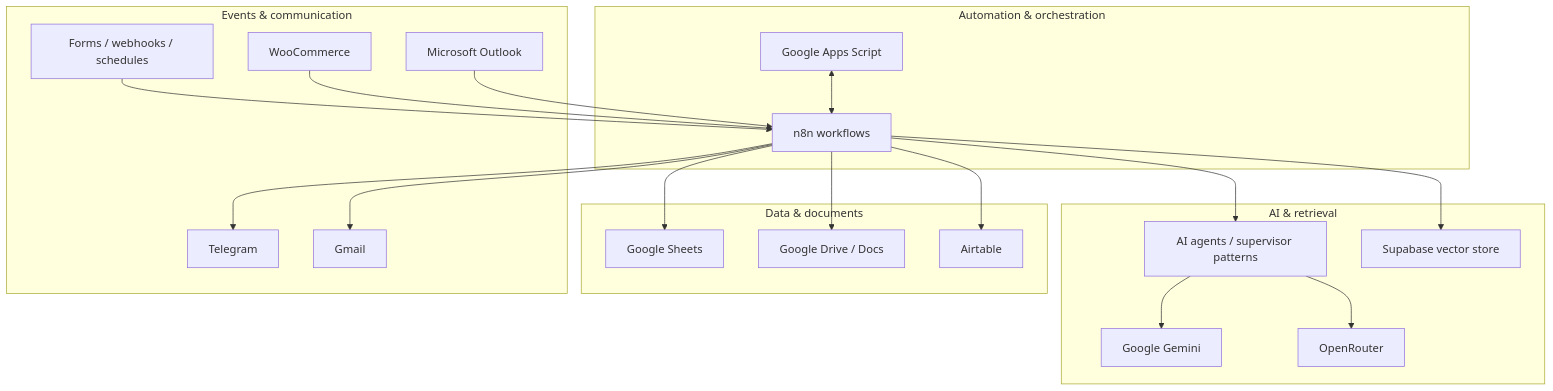
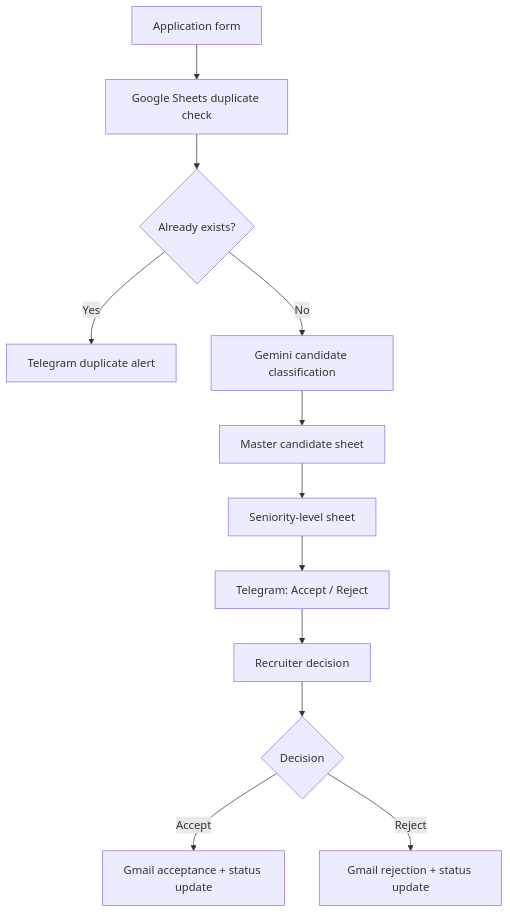
Before and after one commit to Omar-Ayman0/n8n-ai-automation-projects: the sixth of 7 diagrams in README.md, drawn with Mermaid. The commit also changed other lines of this file and 2 other files, not shown here.

````diff
--- a/README.md
+++ b/README.md
@@ -48,38 +361,14 @@
 ```mermaid
-flowchart TB
-  subgraph Automation["Automation & orchestration"]
-    N8N["n8n workflows"]
-    GAS["Google Apps Script"]
-  end
-  subgraph AI["AI & retrieval"]
-    Gemini["Google Gemini"]
-    OpenRouter["OpenRouter"]
-    Agents["AI agents / supervisor patterns"]
-    Vector["Supabase vector store"]
-  end
-  subgraph Data["Data & documents"]
-    Sheets["Google Sheets"]
-    Drive["Google Drive / Docs"]
-    Airtable["Airtable"]
-  end
-  subgraph Channels["Events & communication"]
-    Forms["Forms / webhooks / schedules"]
-    Telegram["Telegram"]
-    Gmail["Gmail"]
-    Outlook["Microsoft Outlook"]
-    Woo["WooCommerce"]
-  end
-  Forms --> N8N
-  Woo --> N8N
-  Outlook --> N8N
-  N8N --> Agents
-  Agents --> Gemini
-  Agents --> OpenRouter
-  N8N --> Vector
-  N8N --> Sheets
-  N8N --> Drive
-  N8N --> Airtable
-  N8N --> Telegram
-  N8N --> Gmail
-  GAS <--> N8N
+flowchart TD
+    A["Application form"] --> B["Google Sheets duplicate check"]
+    B --> C{"Already exists?"}
+    C -- "Yes" --> D["Telegram duplicate alert"]
+    C -- "No" --> E["Gemini candidate classification"]
+    E --> F["Master candidate sheet"]
+    F --> G["Seniority-level sheet"]
+    G --> H["Telegram: Accept / Reject"]
+    H --> I["Recruiter decision"]
+    I --> J{"Decision"}
+    J -- "Accept" --> K["Gmail acceptance + status update"]
+    J -- "Reject" --> L["Gmail rejection + status update"]
 ```
````
